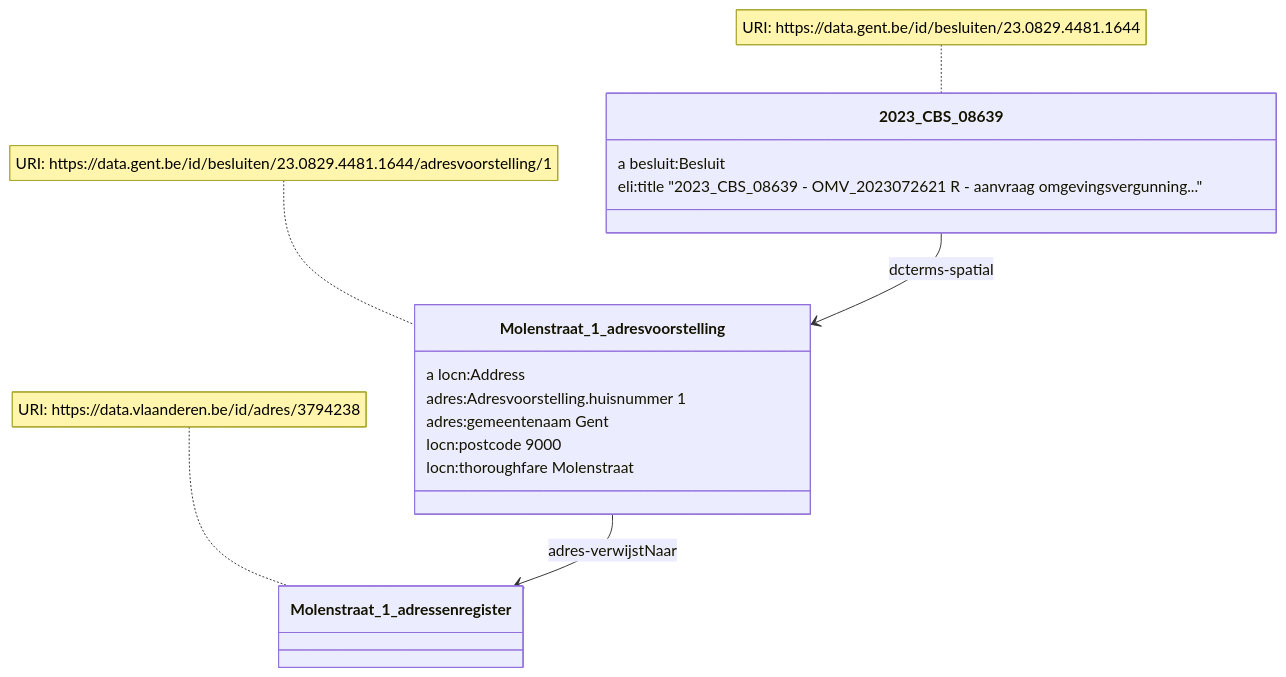
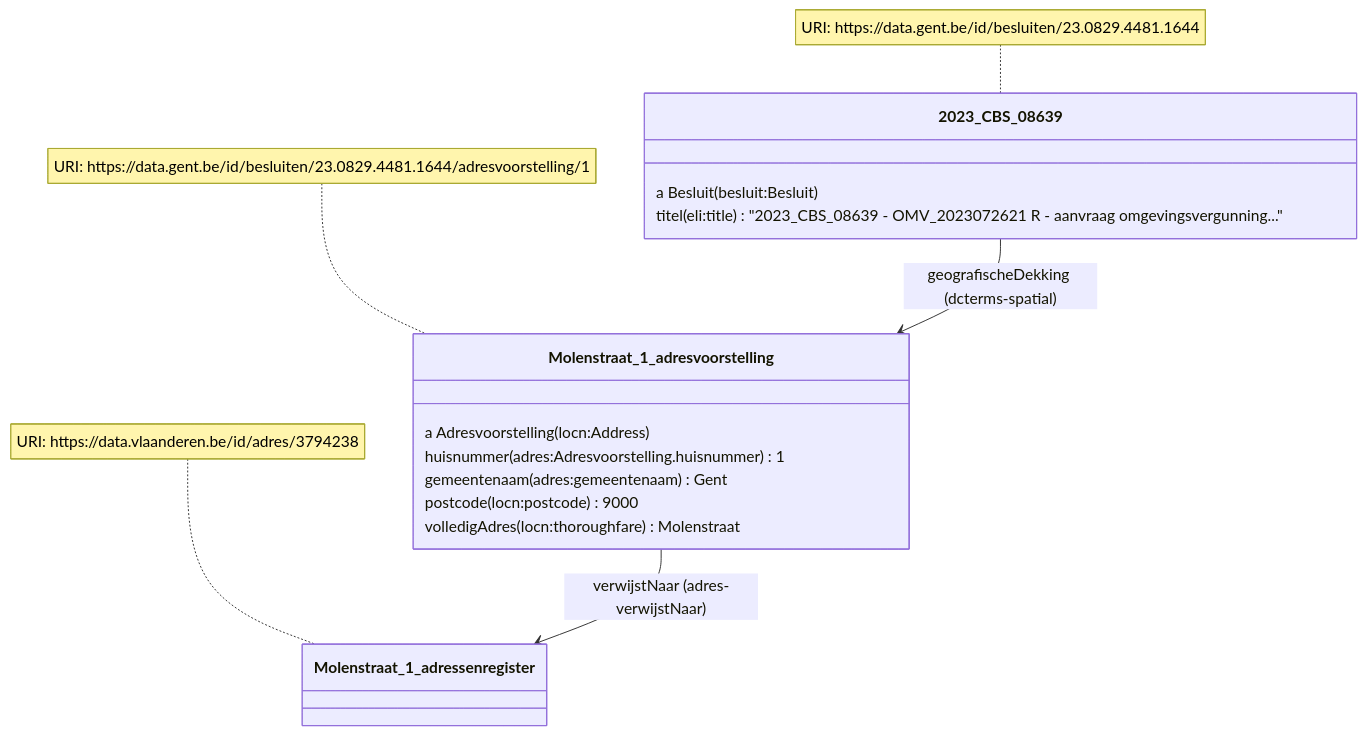
One commit to Informatievlaanderen/OSLOthema-slimmeRaadpleegOmgeving changed the second of 9 diagrams in README.md. Above: the diagram before and after it, drawn with Mermaid. The commit also changed other lines of this file, not shown here.

````diff
--- a/README.md
+++ b/README.md
@@ -59,19 +59,19 @@
 ```mermaid
 classDiagram
-    2023_CBS_08639 --> Molenstraat_1_adresvoorstelling: dcterms-spatial
-    Molenstraat_1_adresvoorstelling --> Molenstraat_1_adressenregister: adres-verwijstNaar
+    2023_CBS_08639 --> Molenstraat_1_adresvoorstelling: geografischeDekking (dcterms-spatial)
+    Molenstraat_1_adresvoorstelling --> Molenstraat_1_adressenregister: verwijstNaar (adres-verwijstNaar)
     note for 2023_CBS_08639 "URI: https://data.gent.be/id/besluiten/23.0829.4481.1644"
     note for Molenstraat_1_adresvoorstelling  "URI: https://data.gent.be/id/besluiten/23.0829.4481.1644/adresvoorstelling/1"
     note for Molenstraat_1_adressenregister "URI: https://data.vlaanderen.be/id/adres/3794238"
     class 2023_CBS_08639 {
-      a besluit:Besluit
-      eli:title "2023_CBS_08639 - OMV_2023072621 R - aanvraag omgevingsvergunning..."
+      a Besluit (besluit:Besluit)
+      titel (eli:title) "2023_CBS_08639 - OMV_2023072621 R - aanvraag omgevingsvergunning..."
     }
     class Molenstraat_1_adresvoorstelling {
-      a locn:Address
-      adres:Adresvoorstelling.huisnummer 1
-      adres:gemeentenaam Gent
-      locn:postcode 9000
-      locn:thoroughfare Molenstraat
+      a Adresvoorstelling (locn:Address)
+      huisnummer (adres:Adresvoorstelling.huisnummer) 1
+      gemeentenaam (adres:gemeentenaam) Gent
+      postcode (locn:postcode) 9000
+      volledigAdres (locn:thoroughfare) Molenstraat
     }
 ```
````
